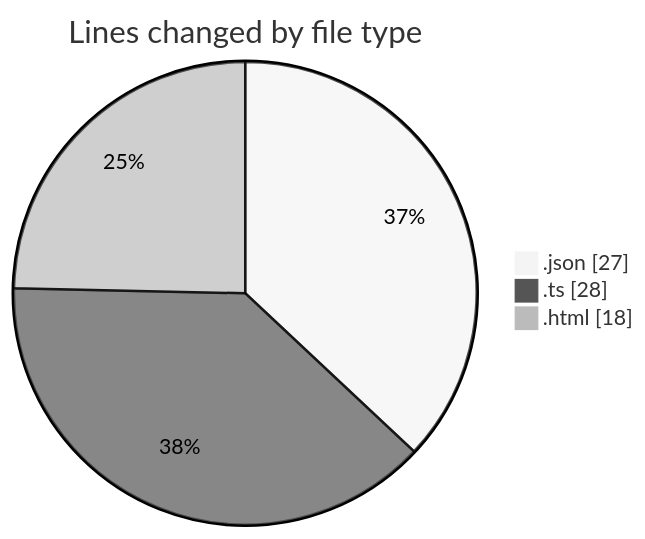
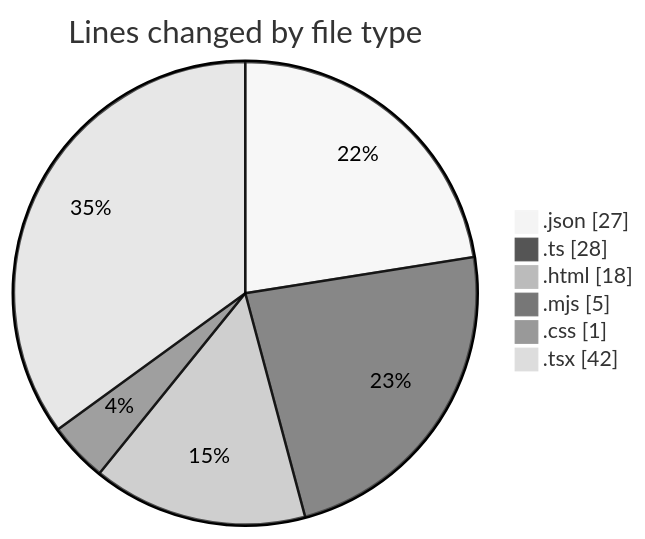
One commit to robertbonfada/code-tracking changed the first of 2 diagrams in 2025-02-26/area-formacao-web/README.md. Above: the diagram before and after it, drawn with Mermaid (neutral theme). The commit also changed other lines of this file and 1 other file, not shown here.

````diff
--- a/2025-02-26/area-formacao-web/README.md
+++ b/2025-02-26/area-formacao-web/README.md
@@ -22,7 +26,10 @@
 ```mermaid
 pie showData
 title Lines changed by file type
 ".json" : 27
 ".ts" : 28
 ".html" : 18
+".mjs" : 5
+".css" : 1
+".tsx" : 42
 ```
````
